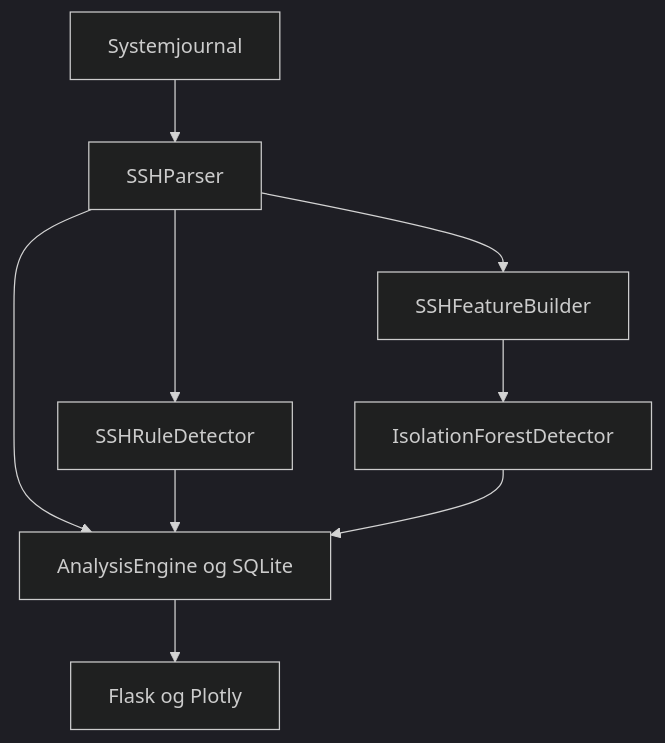
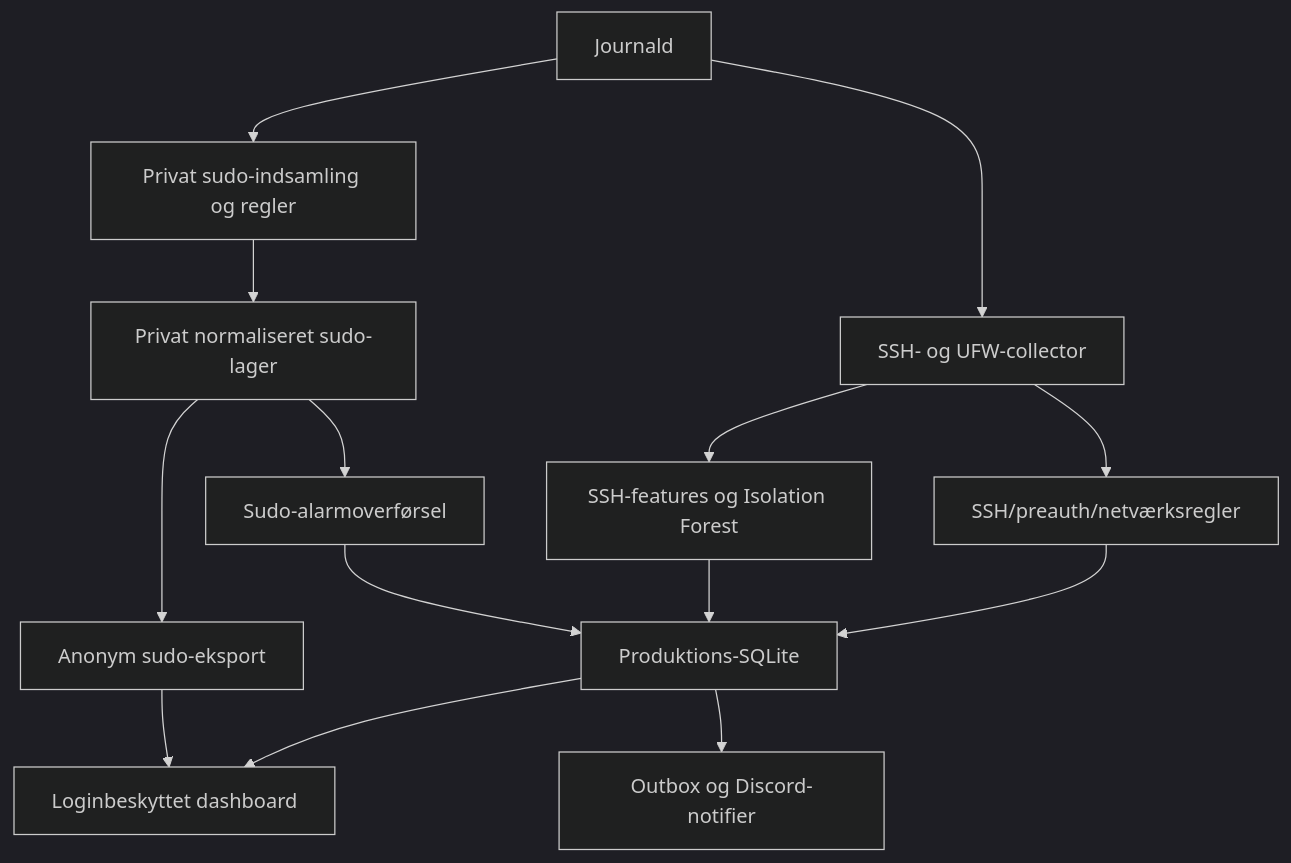
The diagram in docs/ARCHITECTURE.md (Nox699/AI-Intrusion-Detection-System), drawn with Mermaid (dark theme) before and after one commit. The commit also changed other lines of this file and 143 other files, not shown here.

First line of the commit message:
Consolidate production SSH rules and ML, portscan rules and sudo rules

````diff
--- a/docs/ARCHITECTURE.md
+++ b/docs/ARCHITECTURE.md
@@ -7,11 +8,16 @@
 ```mermaid
 flowchart TD
-    J["Systemjournal"] --> P["SSHParser"]
-    P --> R["SSHRuleDetector"]
-    P --> F["SSHFeatureBuilder"]
-    F --> M["IsolationForestDetector"]
-    P --> T["AnalysisEngine og SQLite"]
-    R --> T
-    M --> T
-    T --> W["Flask og Plotly"]
+    J["Journald"] --> C["SSH- og UFW-collector"]
+    J --> S["Privat sudo-indsamling og regler"]
+    C --> R["SSH/preauth/netværksregler"]
+    C --> M["SSH-features og Isolation Forest"]
+    R --> D["Produktions-SQLite"]
+    M --> D
+    S --> P["Privat normaliseret sudo-lager"]
+    P --> B["Sudo-alarmoverførsel"]
+    B --> D
+    P --> E["Anonym sudo-eksport"]
+    D --> W["Loginbeskyttet dashboard"]
+    E --> W
+    D --> N["Outbox og Discord-notifier"]
 ```
````
